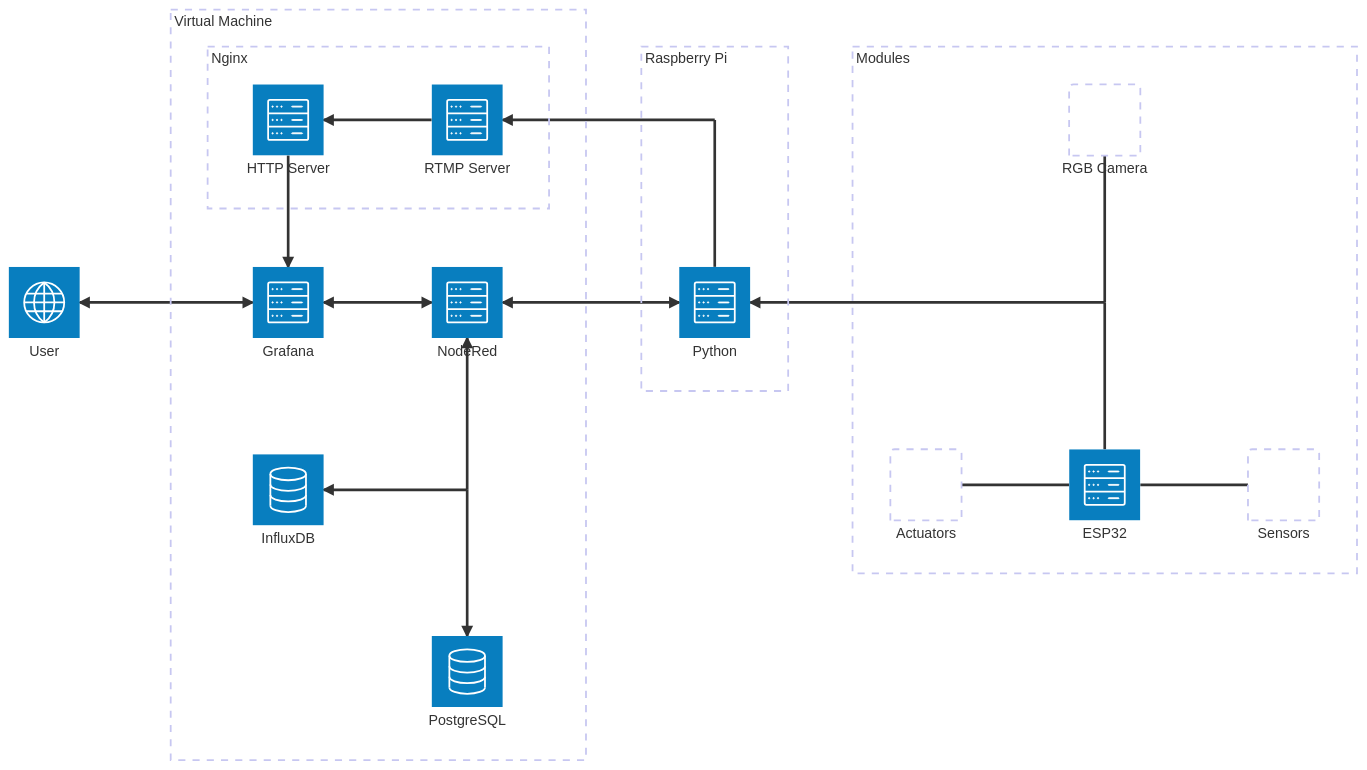
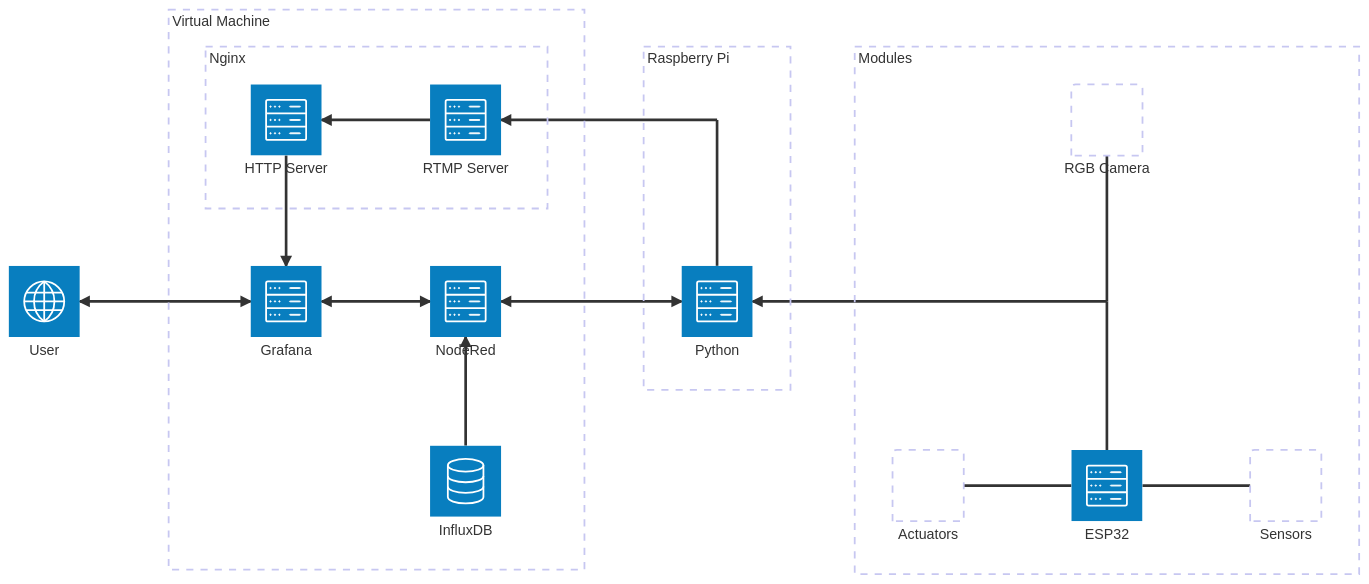
One commit to eggseal/camara-crecimiento changed the diagram in docs/architecture.mmd. Above: the diagram before and after it, drawn with Mermaid. The commit also changed 4 other files, not shown here.

Commit message:
Remove PostgreSQL and complete sensor data

```diff
--- a/docs/architecture.mmd
+++ b/docs/architecture.mmd
@@ -1,50 +1,47 @@
 architecture-beta
 
     service user(internet)[User]
     
     group vm[Virtual Machine]
 
     service grafana(server)[Grafana] in vm
     service nodered(server)[NodeRed] in vm
     service influx(database)[InfluxDB] in vm
-    service postgres(database)[PostgreSQL] in vm
 
     group nginx[Nginx] in vm
     service rtmpserver(server)[RTMP Server] in nginx
     service httpserver(server)[HTTP Server] in nginx
 
     junction data in vm
 
     user:R <--> L:grafana
     grafana:R <--> L:nodered
     grafana:T <-- B:httpserver
-    nodered:B <-- T:data
-    data:L --> R:influx
-    data:B --> T:postgres
+    nodered:B <-- T:influx
     httpserver:R <-- L:rtmpserver
 
     group raspi[Raspberry Pi]
 
     service python(server)[Python] in raspi
 
     junction video in raspi
 
     nodered:R <--> L:python
     rtmpserver:R <-- L:video
     video:B -- T:python
 
     group module[Modules]
 
     service camera[RGB Camera] in module
     service sensors[Sensors] in module
     service actuators[Actuators] in module
     service esp(server)[ESP32] in module
 
     junction components in module
 
 
     esp:T -- B:components
     camera:B -- T:components
     components:L --> R:python
     esp:R -- L:sensors
     esp:L -- R:actuators
```
